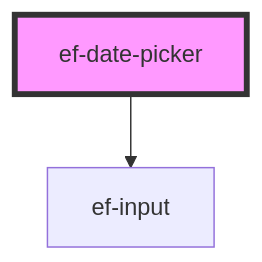
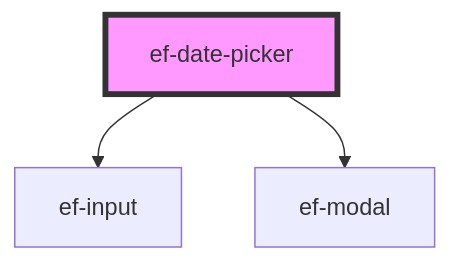
Before and after one commit to 4CodersColombia/every-framework-components: the diagram in src/components/ef-date-picker/readme.md, drawn with Mermaid. The commit also changed other lines of this file and 5 other files, not shown here.

````diff
--- a/src/components/ef-date-picker/readme.md
+++ b/src/components/ef-date-picker/readme.md
@@ -33,5 +34,6 @@
 ```mermaid
 graph TD;
   ef-date-picker --> ef-input
+  ef-date-picker --> ef-modal
   style ef-date-picker fill:#f9f,stroke:#333,stroke-width:4px
 ```
````
